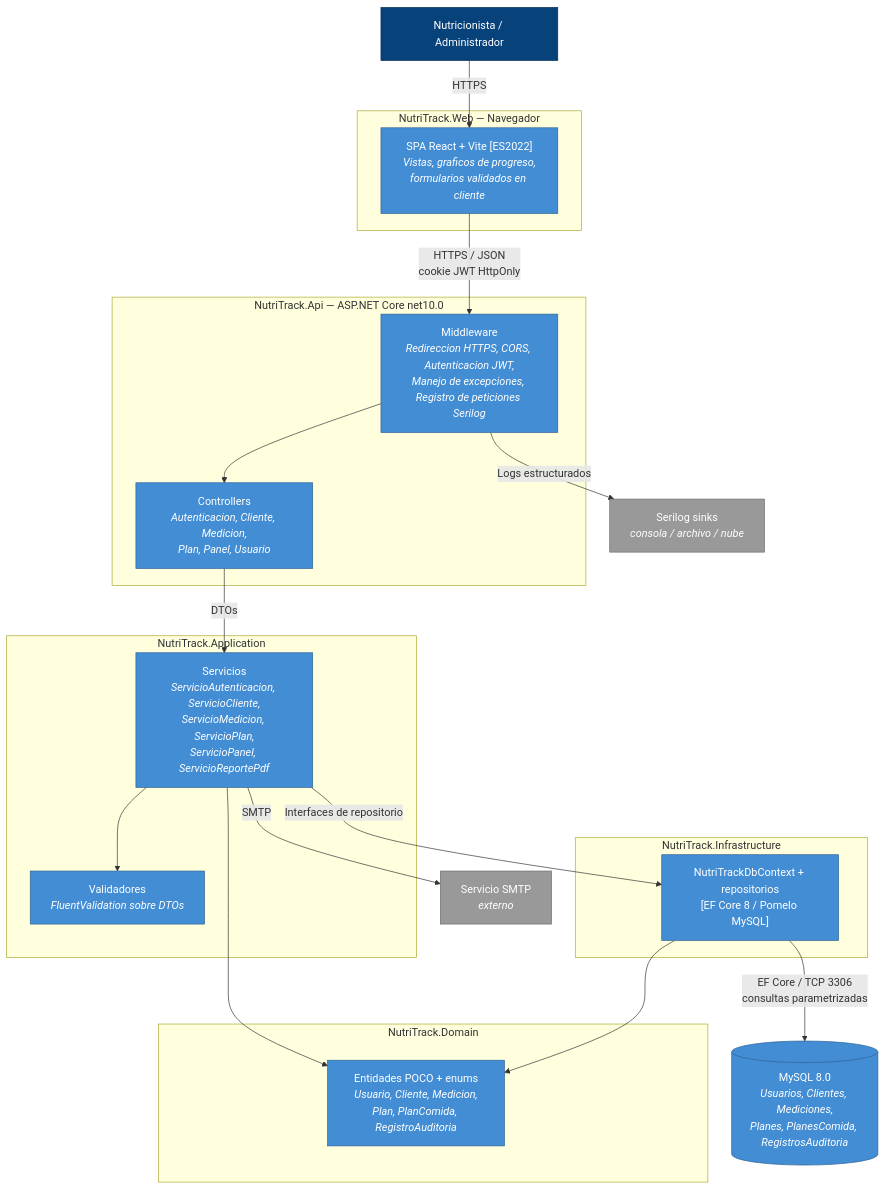
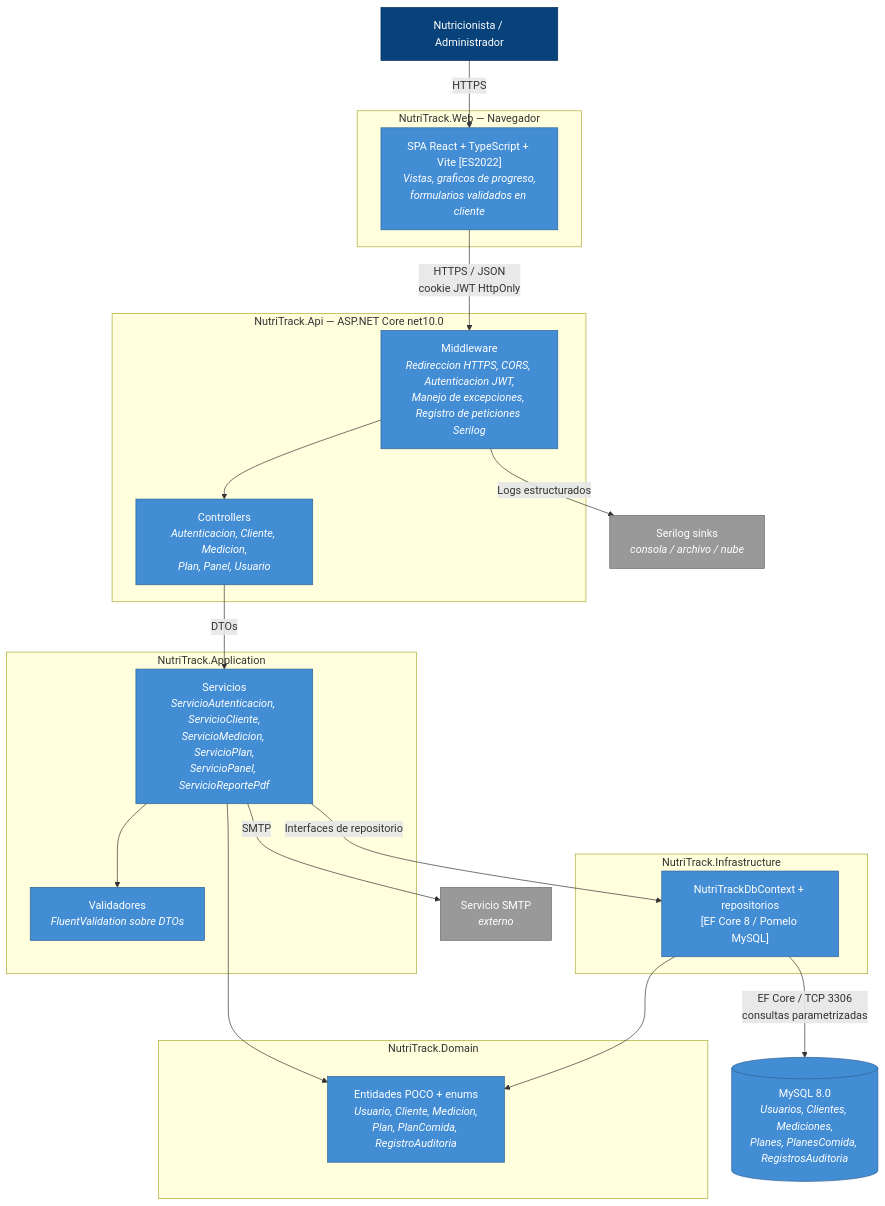
Before and after one commit to Jcordero4/AI4Devs-finalproject: the second of 5 diagrams in readme.md, drawn with Mermaid. The commit also changed other lines of this file and 85 other files, not shown here.

````diff
--- a/readme.md
+++ b/readme.md
@@ -145,49 +145,49 @@
 ```mermaid
 flowchart TB
     usuario["Nutricionista / Administrador"]
 
     subgraph web["NutriTrack.Web — Navegador"]
-        spa["SPA React + Vite [ES2022]<br/><i>Vistas, graficos de progreso,<br/>formularios validados en cliente</i>"]
+        spa["SPA React + TypeScript + Vite [ES2022]<br/><i>Vistas, graficos de progreso,<br/>formularios validados en cliente</i>"]
     end
 
     subgraph api["NutriTrack.Api — ASP.NET Core net10.0"]
         mw["Middleware<br/><i>Redireccion HTTPS, CORS, Autenticacion JWT,<br/>Manejo de excepciones, Registro de peticiones Serilog</i>"]
         ctrl["Controllers<br/><i>Autenticacion, Cliente, Medicion,<br/>Plan, Panel, Usuario</i>"]
     end
 
     subgraph app["NutriTrack.Application"]
         svc["Servicios<br/><i>ServicioAutenticacion, ServicioCliente,<br/>ServicioMedicion, ServicioPlan,<br/>ServicioPanel, ServicioReportePdf</i>"]
         val["Validadores<br/><i>FluentValidation sobre DTOs</i>"]
     end
 
     subgraph dom["NutriTrack.Domain"]
         ent["Entidades POCO + enums<br/><i>Usuario, Cliente, Medicion,<br/>Plan, PlanComida, RegistroAuditoria</i>"]
     end
 
     subgraph infra["NutriTrack.Infrastructure"]
         ctx["NutriTrackDbContext + repositorios<br/>[EF Core 8 / Pomelo MySQL]"]
     end
 
     db[("MySQL 8.0<br/><i>Usuarios, Clientes, Mediciones,<br/>Planes, PlanesComida, RegistrosAuditoria</i>")]
     smtp["Servicio SMTP<br/><i>externo</i>"]
     sink["Serilog sinks<br/><i>consola / archivo / nube</i>"]
 
     usuario -->|"HTTPS"| spa
     spa -->|"HTTPS / JSON<br/>cookie JWT HttpOnly"| mw
     mw --> ctrl
     ctrl -->|"DTOs"| svc
     svc --> val
     svc --> ent
     svc -->|"Interfaces de repositorio"| ctx
     ctx --> ent
     ctx -->|"EF Core / TCP 3306<br/>consultas parametrizadas"| db
     svc -->|"SMTP"| smtp
     mw -->|"Logs estructurados"| sink
 
     classDef persona fill:#08427b,stroke:#052e56,color:#fff
     classDef contenedor fill:#438dd5,stroke:#2e6295,color:#fff
     classDef externo fill:#999999,stroke:#6b6b6b,color:#fff
     class usuario persona
     class spa,mw,ctrl,svc,val,ent,ctx,db contenedor
     class smtp,sink externo
 ```
````
